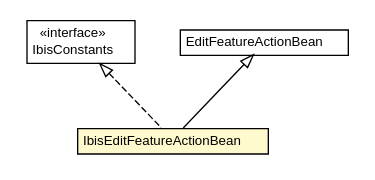
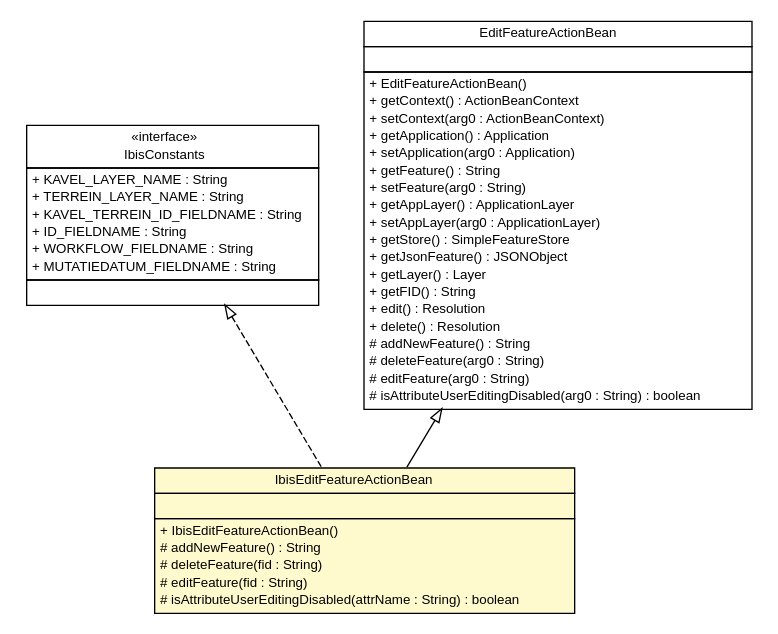
The diagram in ibis-viewer/apidocs/nl/b3p/viewer/stripes/IbisEditFeatureActionBean.dot (B3Partners/flamingo-ibis), drawn with Graphviz before and after one commit. The commit also changed 233 other files, not shown here.

```diff
--- a/ibis-viewer/apidocs/nl/b3p/viewer/stripes/IbisEditFeatureActionBean.dot
+++ b/ibis-viewer/apidocs/nl/b3p/viewer/stripes/IbisEditFeatureActionBean.dot
@@ -1,35 +1,80 @@
 #!/usr/local/bin/dot
 #
 # Class diagram 
 # Generated by UMLGraph version R5_6-24-gf6e263 (http://www.umlgraph.org/)
 #
 
 digraph G {
 	edge [fontname="Helvetica",fontsize=10,labelfontname="Helvetica",labelfontsize=10];
 	node [fontname="Helvetica",fontsize=10,shape=plaintext];
 	nodesep=0.25;
 	ranksep=0.5;
 	// nl.b3p.viewer.stripes.IbisEditFeatureActionBean
-	c155 [label=<<table title="nl.b3p.viewer.stripes.IbisEditFeatureActionBean" border="0" cellborder="1" cellspacing="0" cellpadding="2" port="p" bgcolor="lemonChiffon" href="./IbisEditFeatureActionBean.html">
+	c192 [label=<<table title="nl.b3p.viewer.stripes.IbisEditFeatureActionBean" border="0" cellborder="1" cellspacing="0" cellpadding="2" port="p" bgcolor="lemonChiffon" href="./IbisEditFeatureActionBean.html">
 		<tr><td><table border="0" cellspacing="0" cellpadding="1">
 <tr><td align="center" balign="center"> IbisEditFeatureActionBean </td></tr>
 		</table></td></tr>
+		<tr><td><table border="0" cellspacing="0" cellpadding="1">
+<tr><td align="left" balign="left">  </td></tr>
+		</table></td></tr>
+		<tr><td><table border="0" cellspacing="0" cellpadding="1">
+<tr><td align="left" balign="left"> + IbisEditFeatureActionBean() </td></tr>
+<tr><td align="left" balign="left"> # addNewFeature() : String </td></tr>
+<tr><td align="left" balign="left"> # deleteFeature(fid : String) </td></tr>
+<tr><td align="left" balign="left"> # editFeature(fid : String) </td></tr>
+<tr><td align="left" balign="left"> # isAttributeUserEditingDisabled(attrName : String) : boolean </td></tr>
+		</table></td></tr>
 		</table>>, URL="./IbisEditFeatureActionBean.html", fontname="Helvetica", fontcolor="black", fontsize=10.0];
 	// nl.b3p.viewer.ibis.util.IbisConstants
-	c162 [label=<<table title="nl.b3p.viewer.ibis.util.IbisConstants" border="0" cellborder="1" cellspacing="0" cellpadding="2" port="p" href="../ibis/util/IbisConstants.html">
+	c199 [label=<<table title="nl.b3p.viewer.ibis.util.IbisConstants" border="0" cellborder="1" cellspacing="0" cellpadding="2" port="p" href="../ibis/util/IbisConstants.html">
 		<tr><td><table border="0" cellspacing="0" cellpadding="1">
 <tr><td align="center" balign="center"> &#171;interface&#187; </td></tr>
 <tr><td align="center" balign="center"> IbisConstants </td></tr>
 		</table></td></tr>
+		<tr><td><table border="0" cellspacing="0" cellpadding="1">
+<tr><td align="left" balign="left"> + KAVEL_LAYER_NAME : String </td></tr>
+<tr><td align="left" balign="left"> + TERREIN_LAYER_NAME : String </td></tr>
+<tr><td align="left" balign="left"> + KAVEL_TERREIN_ID_FIELDNAME : String </td></tr>
+<tr><td align="left" balign="left"> + ID_FIELDNAME : String </td></tr>
+<tr><td align="left" balign="left"> + WORKFLOW_FIELDNAME : String </td></tr>
+<tr><td align="left" balign="left"> + MUTATIEDATUM_FIELDNAME : String </td></tr>
+		</table></td></tr>
+		<tr><td><table border="0" cellspacing="0" cellpadding="1">
+<tr><td align="left" balign="left">  </td></tr>
+		</table></td></tr>
 		</table>>, URL="../ibis/util/IbisConstants.html", fontname="Helvetica", fontcolor="black", fontsize=10.0];
 	//nl.b3p.viewer.stripes.IbisEditFeatureActionBean extends nl.b3p.viewer.stripes.EditFeatureActionBean
-	c164:p -> c155:p [dir=back,arrowtail=empty];
+	c201:p -> c192:p [dir=back,arrowtail=empty];
 	//nl.b3p.viewer.stripes.IbisEditFeatureActionBean implements nl.b3p.viewer.ibis.util.IbisConstants
-	c162:p -> c155:p [dir=back,arrowtail=empty,style=dashed];
+	c199:p -> c192:p [dir=back,arrowtail=empty,style=dashed];
 	// nl.b3p.viewer.stripes.EditFeatureActionBean
-	c164 [label=<<table title="nl.b3p.viewer.stripes.EditFeatureActionBean" border="0" cellborder="1" cellspacing="0" cellpadding="2" port="p">
+	c201 [label=<<table title="nl.b3p.viewer.stripes.EditFeatureActionBean" border="0" cellborder="1" cellspacing="0" cellpadding="2" port="p">
 		<tr><td><table border="0" cellspacing="0" cellpadding="1">
 <tr><td align="center" balign="center"> EditFeatureActionBean </td></tr>
 		</table></td></tr>
+		<tr><td><table border="0" cellspacing="0" cellpadding="1">
+<tr><td align="left" balign="left">  </td></tr>
+		</table></td></tr>
+		<tr><td><table border="0" cellspacing="0" cellpadding="1">
+<tr><td align="left" balign="left"> + EditFeatureActionBean() </td></tr>
+<tr><td align="left" balign="left"> + getContext() : ActionBeanContext </td></tr>
+<tr><td align="left" balign="left"> + setContext(arg0 : ActionBeanContext) </td></tr>
+<tr><td align="left" balign="left"> + getApplication() : Application </td></tr>
+<tr><td align="left" balign="left"> + setApplication(arg0 : Application) </td></tr>
+<tr><td align="left" balign="left"> + getFeature() : String </td></tr>
+<tr><td align="left" balign="left"> + setFeature(arg0 : String) </td></tr>
+<tr><td align="left" balign="left"> + getAppLayer() : ApplicationLayer </td></tr>
+<tr><td align="left" balign="left"> + setAppLayer(arg0 : ApplicationLayer) </td></tr>
+<tr><td align="left" balign="left"> + getStore() : SimpleFeatureStore </td></tr>
+<tr><td align="left" balign="left"> + getJsonFeature() : JSONObject </td></tr>
+<tr><td align="left" balign="left"> + getLayer() : Layer </td></tr>
+<tr><td align="left" balign="left"> + getFID() : String </td></tr>
+<tr><td align="left" balign="left"> + edit() : Resolution </td></tr>
+<tr><td align="left" balign="left"> + delete() : Resolution </td></tr>
+<tr><td align="left" balign="left"> # addNewFeature() : String </td></tr>
+<tr><td align="left" balign="left"> # deleteFeature(arg0 : String) </td></tr>
+<tr><td align="left" balign="left"> # editFeature(arg0 : String) </td></tr>
+<tr><td align="left" balign="left"> # isAttributeUserEditingDisabled(arg0 : String) : boolean </td></tr>
+		</table></td></tr>
 		</table>>, URL="null", fontname="Helvetica", fontcolor="black", fontsize=10.0];
 }
```
